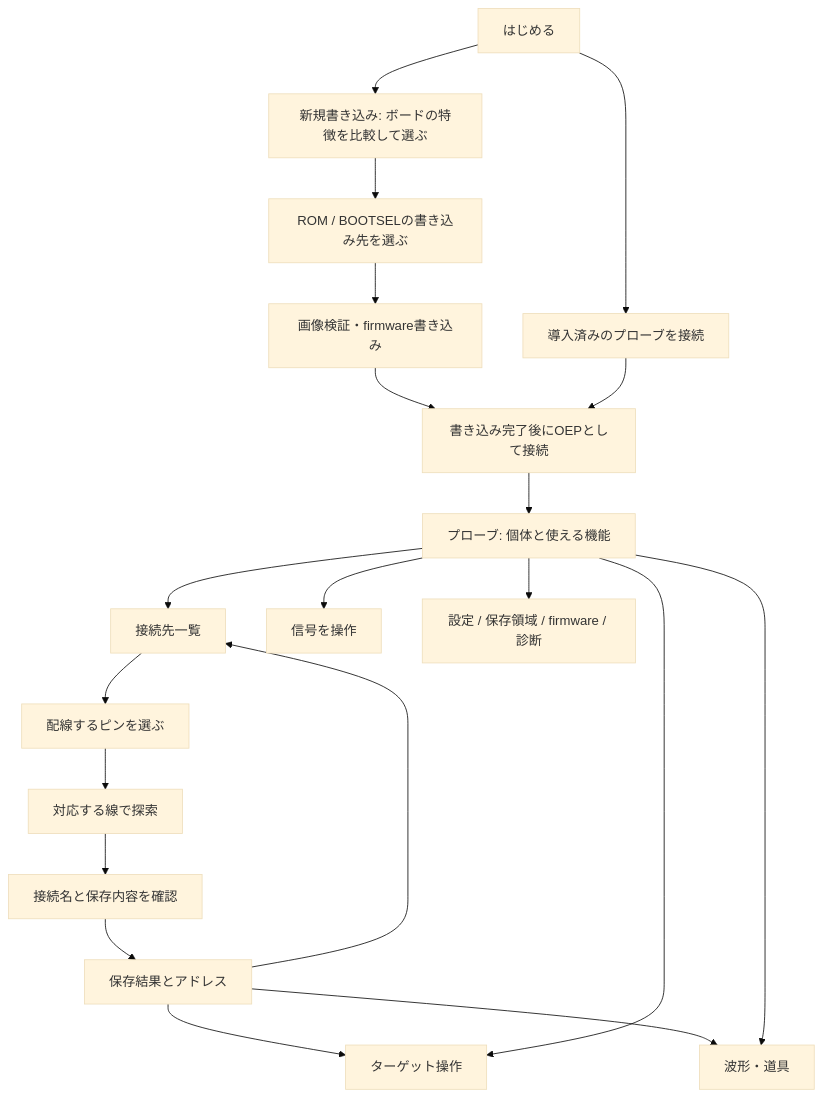
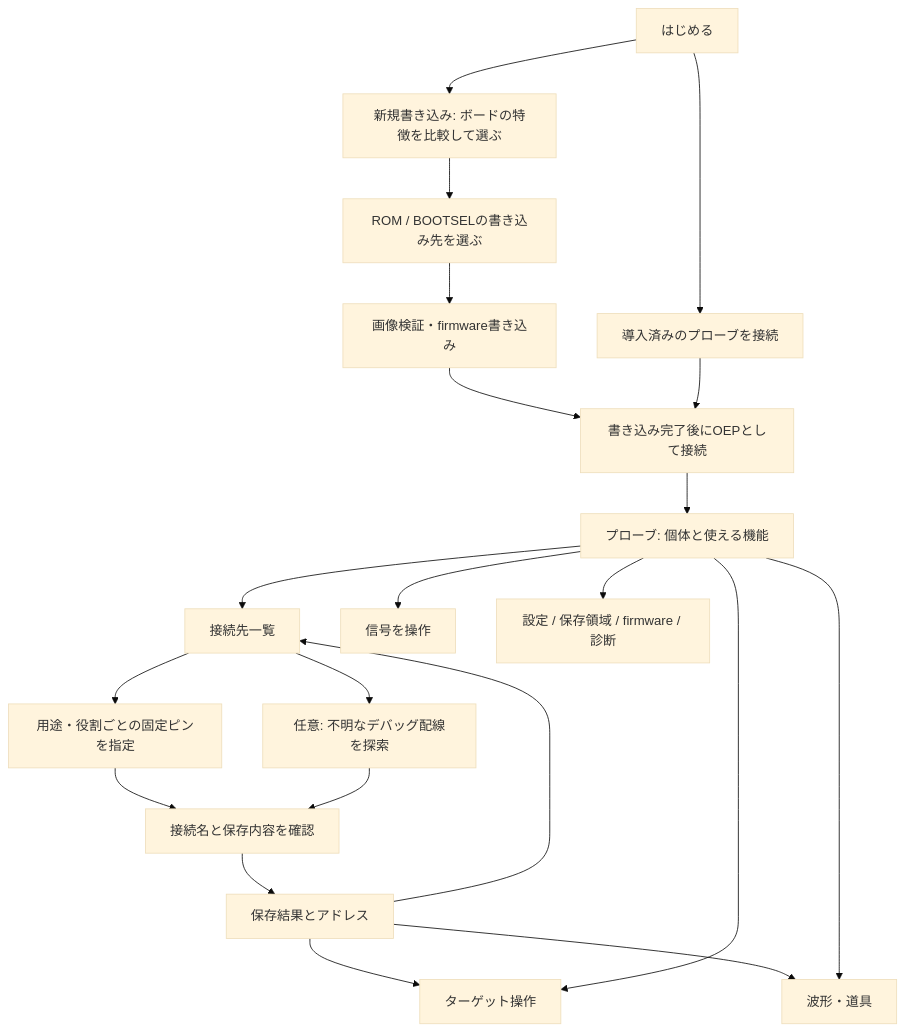
Before and after one commit to Open-Embedded-Probe/oep-client-js: the diagram in docs/page.ja.md, drawn with Mermaid (base theme). The commit also changed other lines of this file and 8 other files, not shown here.

````diff
--- a/docs/page.ja.md
+++ b/docs/page.ja.md
@@ -59,22 +59,23 @@
 ```mermaid
 flowchart TD
   H[はじめる] --> F[新規書き込み: ボードの特徴を比較して選ぶ]
   F --> R[ROM / BOOTSELの書き込み先を選ぶ]
   R --> V[画像検証・firmware書き込み]
   V --> C[書き込み完了後にOEPとして接続]
   H --> Q[導入済みのプローブを接続]
   Q --> C
   C --> P[プローブ: 個体と使える機能]
   P --> T[接続先一覧]
-  T --> W[配線するピンを選ぶ]
-  W --> S[対応する線で探索]
-  S --> N[接続名と保存内容を確認]
+  T --> W[用途・役割ごとの固定ピンを指定]
+  W --> N[接続名と保存内容を確認]
+  T --> S[任意: 不明なデバッグ配線を探索]
+  S --> N
   N --> D[保存結果とアドレス]
   D --> T
   D --> B[ターゲット操作]
   D --> U[波形・道具]
   P --> I[信号を操作]
   P --> B
   P --> U
   P --> G[設定 / 保存領域 / firmware / 診断]
 ```
````
